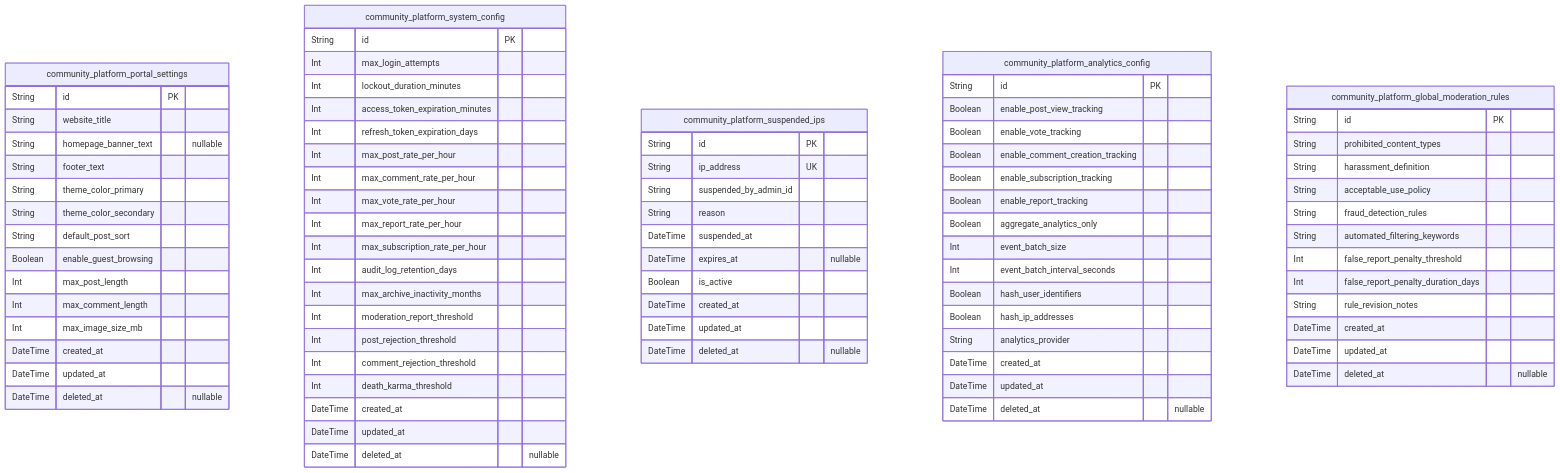
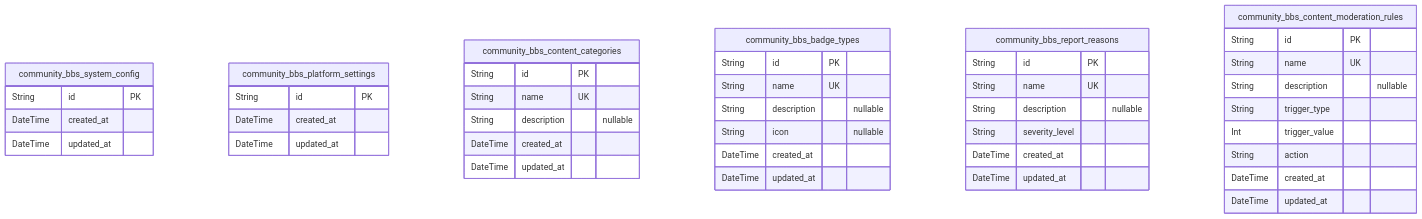
One commit to wrtnlabs/autobe-examples changed the first of 10 diagrams in qwen/qwen3-next-80b-a3b-instruct/reddit/docs/ERD.md. Above: the diagram before and after it, drawn with Mermaid. The commit also changed other lines of this file and 7173 other files, not shown here.

````diff
--- a/qwen/qwen3-next-80b-a3b-instruct/reddit/docs/ERD.md
+++ b/qwen/qwen3-next-80b-a3b-instruct/reddit/docs/ERD.md
@@ -18,83 +18,46 @@
 ```mermaid
 erDiagram
-"community_platform_portal_settings" {
+"community_bbs_system_config" {
   String id PK
-  String website_title
-  String homepage_banner_text "nullable"
-  String footer_text
-  String theme_color_primary
-  String theme_color_secondary
-  String default_post_sort
-  Boolean enable_guest_browsing
-  Int max_post_length
-  Int max_comment_length
-  Int max_image_size_mb
   DateTime created_at
   DateTime updated_at
-  DateTime deleted_at "nullable"
 }
-"community_platform_system_config" {
+"community_bbs_platform_settings" {
   String id PK
-  Int max_login_attempts
-  Int lockout_duration_minutes
-  Int access_token_expiration_minutes
-  Int refresh_token_expiration_days
-  Int max_post_rate_per_hour
-  Int max_comment_rate_per_hour
-  Int max_vote_rate_per_hour
-  Int max_report_rate_per_hour
-  Int max_subscription_rate_per_hour
-  Int audit_log_retention_days
-  Int max_archive_inactivity_months
-  Int moderation_report_threshold
-  Int post_rejection_threshold
-  Int comment_rejection_threshold
-  Int death_karma_threshold
   DateTime created_at
   DateTime updated_at
-  DateTime deleted_at "nullable"
 }
-"community_platform_suspended_ips" {
+"community_bbs_content_categories" {
   String id PK
-  String ip_address UK
-  String suspended_by_admin_id
-  String reason
-  DateTime suspended_at
-  DateTime expires_at "nullable"
-  Boolean is_active
+  String name UK
+  String description "nullable"
   DateTime created_at
   DateTime updated_at
-  DateTime deleted_at "nullable"
 }
-"community_platform_analytics_config" {
+"community_bbs_badge_types" {
   String id PK
-  Boolean enable_post_view_tracking
-  Boolean enable_vote_tracking
-  Boolean enable_comment_creation_tracking
-  Boolean enable_subscription_tracking
-  Boolean enable_report_tracking
-  Boolean aggregate_analytics_only
-  Int event_batch_size
-  Int event_batch_interval_seconds
-  Boolean hash_user_identifiers
-  Boolean hash_ip_addresses
-  String analytics_provider
+  String name UK
+  String description "nullable"
+  String icon "nullable"
   DateTime created_at
   DateTime updated_at
-  DateTime deleted_at "nullable"
 }
-"community_platform_global_moderation_rules" {
+"community_bbs_report_reasons" {
   String id PK
-  String prohibited_content_types
-  String harassment_definition
-  String acceptable_use_policy
-  String fraud_detection_rules
-  String automated_filtering_keywords
-  Int false_report_penalty_threshold
-  Int false_report_penalty_duration_days
-  String rule_revision_notes
+  String name UK
+  String description "nullable"
+  String severity_level
   DateTime created_at
   DateTime updated_at
-  DateTime deleted_at "nullable"
+}
+"community_bbs_content_moderation_rules" {
+  String id PK
+  String name UK
+  String description "nullable"
+  String trigger_type
+  Int trigger_value
+  String action
+  DateTime created_at
+  DateTime updated_at
 }
 ```
````
